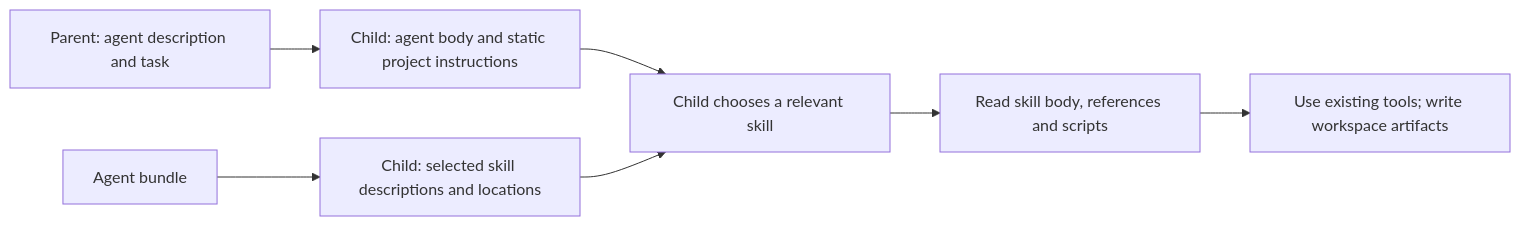
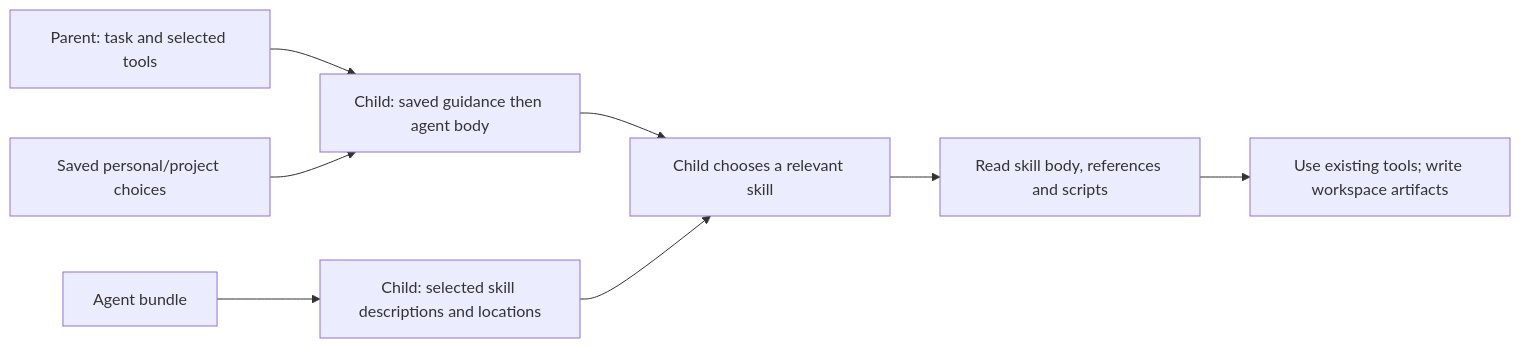
Before and after one commit to finngi/pi-packages: the diagram in docs/guides/delegation.md, drawn with Mermaid. The commit also changed other lines of this file and 288 other files, not shown here.

````diff
--- a/docs/guides/delegation.md
+++ b/docs/guides/delegation.md
@@ -109,9 +142,10 @@
 ```mermaid
 flowchart LR
-  P[Parent: agent description and task] --> C[Child: agent body and static project instructions]
+  P[Parent: task and selected tools] --> C[Child: saved guidance then agent body]
+  D[Saved personal/project choices] --> C
   B[Agent bundle] --> M[Child: selected skill descriptions and locations]
   C --> R[Child chooses a relevant skill]
   M --> R
   R --> S[Read skill body, references and scripts]
   S --> W[Use existing tools; write workspace artifacts]
 ```
````
